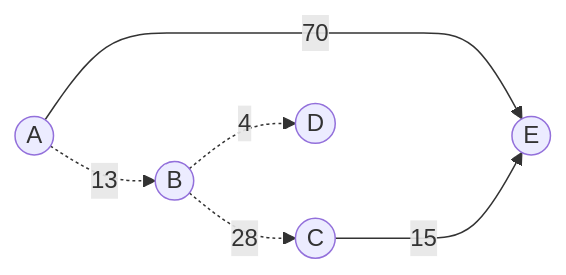
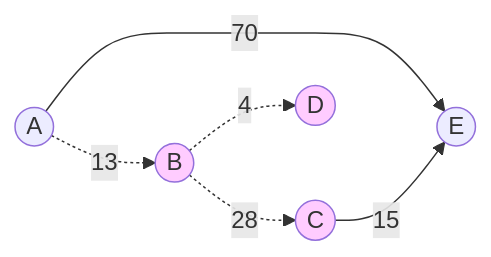
Before and after one commit to dmjcb/SelfBlog: the third of 4 diagrams in DataStructures/Graph/SPFA最短路.md, drawn with Mermaid. The commit also changed other lines of this file and 5 other files, not shown here.

````diff
--- a/DataStructures/Graph/SPFA最短路.md
+++ b/DataStructures/Graph/SPFA最短路.md
@@ -70,8 +83,19 @@
 ```mermaid
 graph LR
-    a((A))-.13.->b((B))
-    a((A))--70--->e((E))
-    b((B))-.28.->c((C))
-    b((B))-.4.->d((D))
-    c((C))--15--->e((E))
+    A((A))
+    B((B))
+    C((C))
+    D((D))
+    E((E))
+
+    A -.13-.-> B
+    A --70--> E
+    B -.28-.-> C
+    B -.4-.-> D
+    C --15--> E
+
+    B:::Style
+    C:::Style
+    D:::Style
+    classDef Style fill:#FFCCFF
 ```
````
